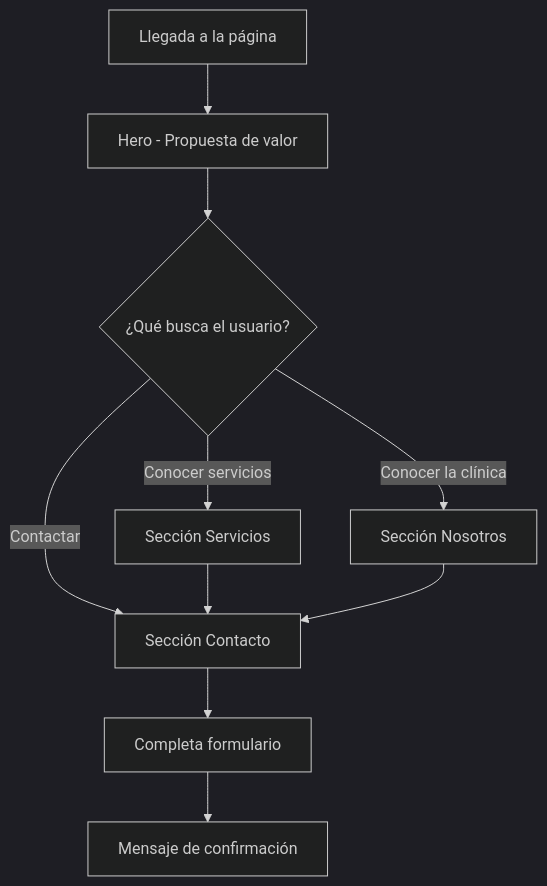
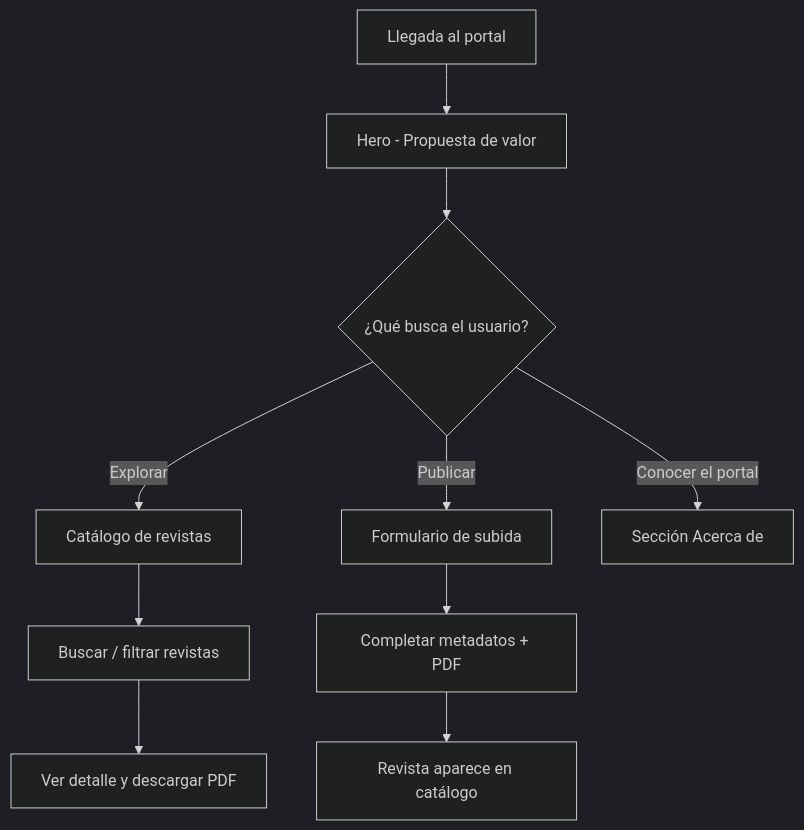
Before and after one commit to CristianUriel10/MedicToros: the diagram in USER-FLOW.md, drawn with Mermaid (dark theme). The commit also changed other lines of this file and 49 other files, not shown here.

````diff
--- a/USER-FLOW.md
+++ b/USER-FLOW.md
@@ -9,12 +9,12 @@
 ```mermaid
 flowchart TD
-    A[Llegada a la página] --> B[Hero - Propuesta de valor]
+    A[Llegada al portal] --> B[Hero - Propuesta de valor]
     B --> C{¿Qué busca el usuario?}
-    C -->|Conocer servicios| D[Sección Servicios]
-    C -->|Conocer la clínica| E[Sección Nosotros]
-    C -->|Contactar| F[Sección Contacto]
-    D --> F
-    E --> F
-    F --> G[Completa formulario]
-    G --> H[Mensaje de confirmación]
+    C -->|Explorar| D[Catálogo de revistas]
+    C -->|Publicar| E[Formulario de subida]
+    C -->|Conocer el portal| F[Sección Acerca de]
+    D --> G[Buscar / filtrar revistas]
+    G --> H[Ver detalle y descargar PDF]
+    E --> I[Completar metadatos + PDF]
+    I --> J[Revista aparece en catálogo]
 ```
````
